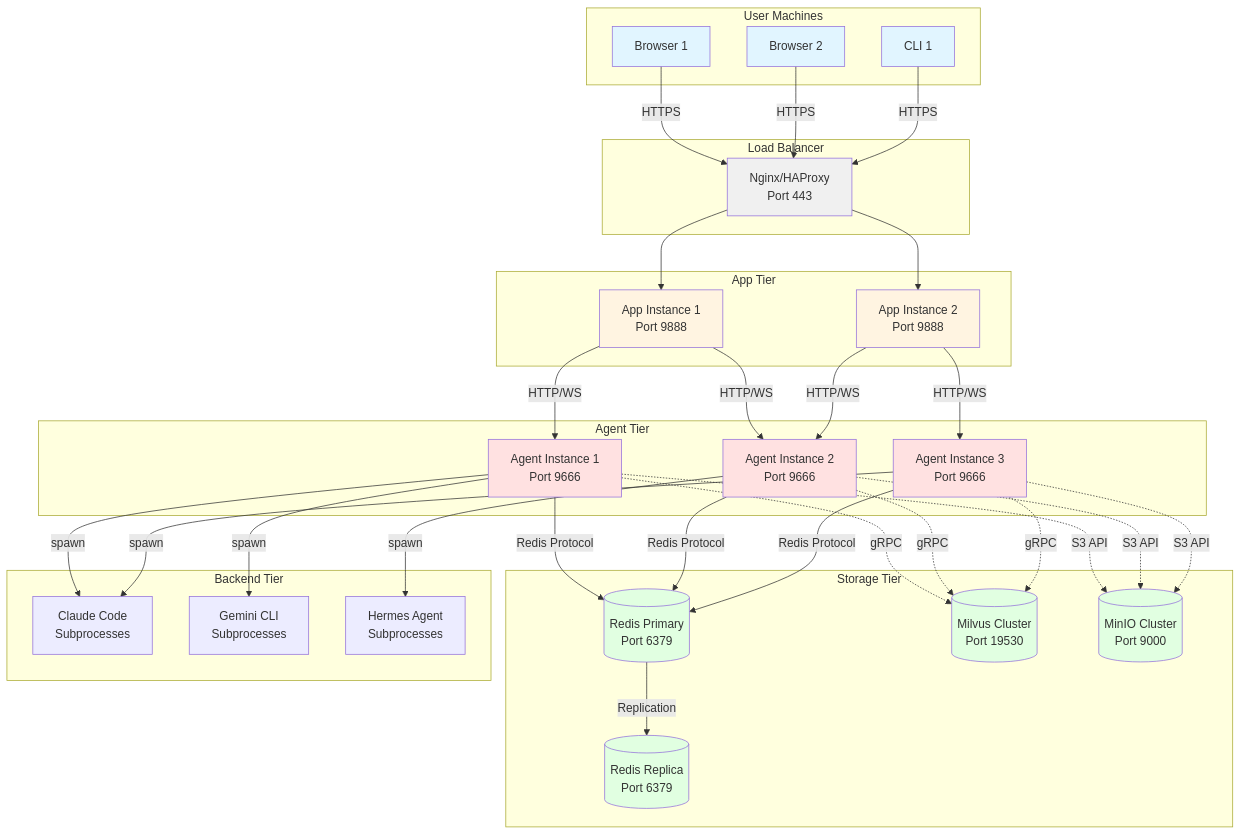
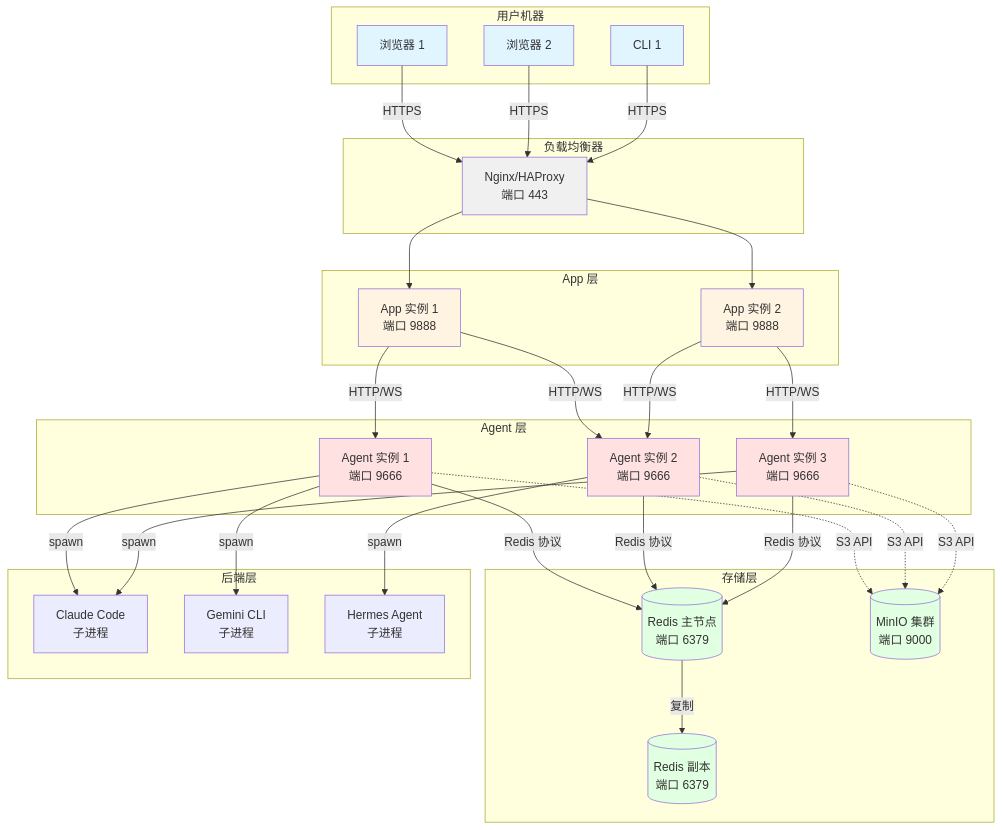
Before and after one commit to feuyeux/iota: the sixth of 6 diagrams in docs/guides/00-architecture-overview.md, drawn with Mermaid. The commit also changed other lines of this file and 66 other files, not shown here.

````diff
--- a/docs/guides/00-architecture-overview.md
+++ b/docs/guides/00-architecture-overview.md
@@ -987,81 +963,75 @@
 ```mermaid
 graph TB
-    subgraph "User Machines"
-        Browser1[Browser 1]
-        Browser2[Browser 2]
+    subgraph "用户机器"
+        Browser1[浏览器 1]
+        Browser2[浏览器 2]
         CLI1[CLI 1]
     end
-    
-    subgraph "Load Balancer"
-        LB[Nginx/HAProxy<br/>Port 443]
+
+    subgraph "负载均衡器"
+        LB[Nginx/HAProxy<br/>端口 443]
     end
-    
-    subgraph "App Tier"
-        App1[App Instance 1<br/>Port 9888]
-        App2[App Instance 2<br/>Port 9888]
+
+    subgraph "App 层"
+        App1[App 实例 1<br/>端口 9888]
+        App2[App 实例 2<br/>端口 9888]
     end
-    
-    subgraph "Agent Tier"
-        Agent1[Agent Instance 1<br/>Port 9666]
-        Agent2[Agent Instance 2<br/>Port 9666]
-        Agent3[Agent Instance 3<br/>Port 9666]
+
+    subgraph "Agent 层"
+        Agent1[Agent 实例 1<br/>端口 9666]
+        Agent2[Agent 实例 2<br/>端口 9666]
+        Agent3[Agent 实例 3<br/>端口 9666]
     end
-    
-    subgraph "Storage Tier"
-        Redis1[(Redis Primary<br/>Port 6379)]
-        Redis2[(Redis Replica<br/>Port 6379)]
-        Milvus[(Milvus Cluster<br/>Port 19530)]
-        MinIO[(MinIO Cluster<br/>Port 9000)]
+
+    subgraph "存储层"
+        Redis1[(Redis 主节点<br/>端口 6379)]
+        Redis2[(Redis 副本<br/>端口 6379)]
+        MinIO[(MinIO 集群<br/>端口 9000)]
     end
-    
-    subgraph "Backend Tier"
-        Claude[Claude Code<br/>Subprocesses]
-        Gemini[Gemini CLI<br/>Subprocesses]
-        Hermes[Hermes Agent<br/>Subprocesses]
+
+    subgraph "后端层"
+        Claude[Claude Code<br/>子进程]
+        Gemini[Gemini CLI<br/>子进程]
+        Hermes[Hermes Agent<br/>子进程]
     end
-    
+
     Browser1 -->|HTTPS| LB
     Browser2 -->|HTTPS| LB
     CLI1 -->|HTTPS| LB
-    
+
     LB --> App1
     LB --> App2
-    
+
     App1 -->|HTTP/WS| Agent1
     App1 -->|HTTP/WS| Agent2
     App2 -->|HTTP/WS| Agent2
     App2 -->|HTTP/WS| Agent3
-    
-    Agent1 -->|Redis Protocol| Redis1
-    Agent2 -->|Redis Protocol| Redis1
-    Agent3 -->|Redis Protocol| Redis1
-    
-    Redis1 -->|Replication| Redis2
-    
-    Agent1 -.->|gRPC| Milvus
-    Agent2 -.->|gRPC| Milvus
-    Agent3 -.->|gRPC| Milvus
-    
+
+    Agent1 -->|Redis 协议| Redis1
+    Agent2 -->|Redis 协议| Redis1
+    Agent3 -->|Redis 协议| Redis1
+
+    Redis1 -->|复制| Redis2
+
     Agent1 -.->|S3 API| MinIO
     Agent2 -.->|S3 API| MinIO
     Agent3 -.->|S3 API| MinIO
-    
+
     Agent1 -->|spawn| Claude
     Agent1 -->|spawn| Gemini
     Agent2 -->|spawn| Hermes
     Agent3 -->|spawn| Claude
-    
+
     style Browser1 fill:#e1f5ff
     style Browser2 fill:#e1f5ff
     style CLI1 fill:#e1f5ff
     style LB fill:#f0f0f0
     style App1 fill:#fff4e1
     style App2 fill:#fff4e1
     style Agent1 fill:#ffe1e1
     style Agent2 fill:#ffe1e1
     style Agent3 fill:#ffe1e1
     style Redis1 fill:#e1ffe1
     style Redis2 fill:#e1ffe1
-    style Milvus fill:#e1ffe1
     style MinIO fill:#e1ffe1
 ```
````
